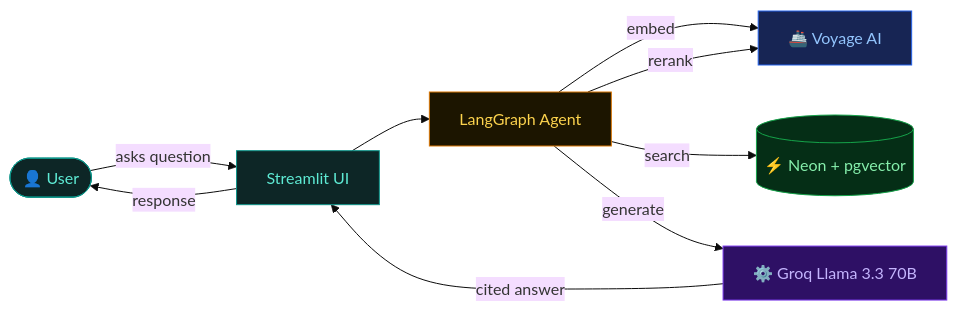
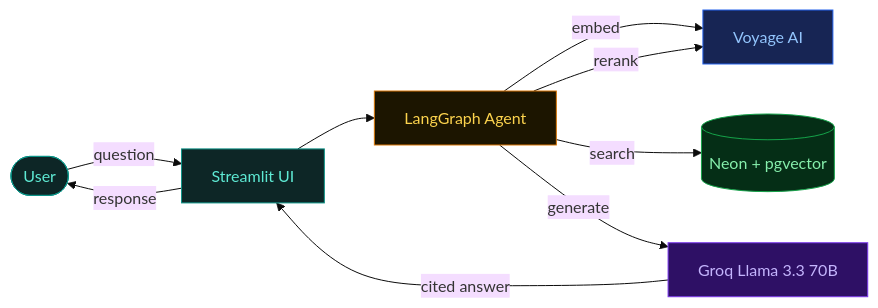
One commit to mateoportillo1900/fda-rag changed the diagram in README.md. Above: the diagram before and after it, drawn with Mermaid (base theme). The commit also changed other lines of this file, not shown here.

````diff
--- a/README.md
+++ b/README.md
@@ -19,18 +26,18 @@
 ```mermaid
 flowchart LR
-    User([👤 User]) -->|asks question| UI[Streamlit UI]
+    User([User]) -->|question| UI[Streamlit UI]
     UI --> Agent[LangGraph Agent]
-    Agent -->|embed| Voyage[🚢 Voyage AI]
-    Agent -->|search| Neon[(⚡ Neon + pgvector)]
+    Agent -->|embed| Voyage[Voyage AI]
+    Agent -->|search| Neon[(Neon + pgvector)]
     Agent -->|rerank| Voyage
-    Agent -->|generate| Groq[⚙️ Groq Llama 3.3 70B]
+    Agent -->|generate| Groq[Groq Llama 3.3 70B]
     Groq -->|cited answer| UI
     UI -->|response| User
 
     style User fill:#0d2626,stroke:#0d9488,color:#5eead4
     style UI fill:#0d2626,stroke:#0d9488,color:#5eead4
     style Agent fill:#1c1500,stroke:#d97706,color:#fcd34d
     style Voyage fill:#172554,stroke:#2563eb,color:#93c5fd
     style Neon fill:#052e16,stroke:#16a34a,color:#86efac
     style Groq fill:#2e1065,stroke:#7c3aed,color:#c4b5fd
 ```
````
